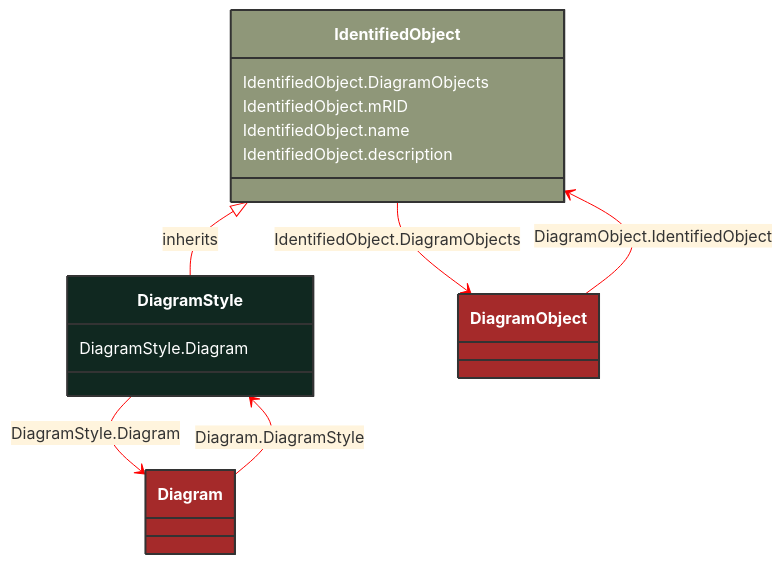
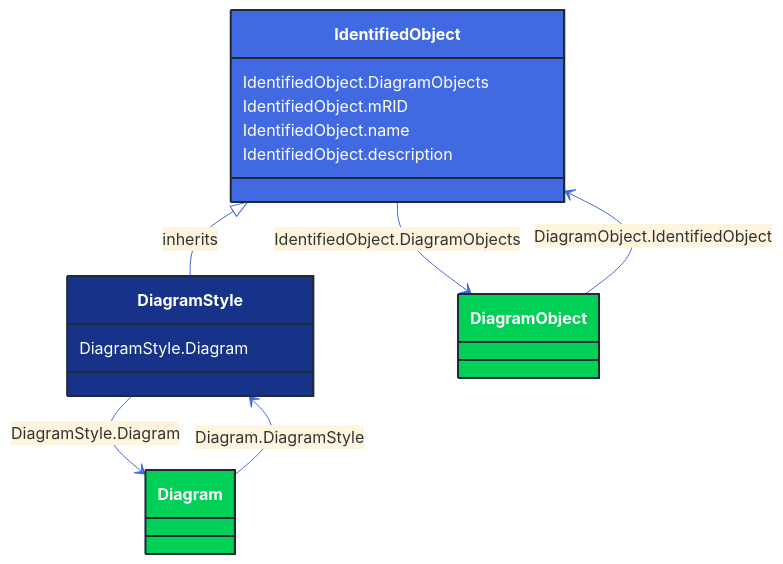
One commit to 3lbits/NoCIMExtensions changed the diagram in docs/Models/Profiles/DiagramLayout/ConcreteClasses/DiagramStyle.md. Above: the diagram before and after it, drawn with Mermaid. The commit also changed 362 other files, not shown here.

First line of the commit message:
Update diagrams and styles for improved visual consistency

````diff
--- a/docs/Models/Profiles/DiagramLayout/ConcreteClasses/DiagramStyle.md
+++ b/docs/Models/Profiles/DiagramLayout/ConcreteClasses/DiagramStyle.md
@@ -8,41 +8,41 @@
 ```mermaid
-%%{init: {'theme':'base','themeVariables': {'lineColor': '#FF0000'}}}%%
+%%{init: {'theme':'base','themeVariables': {'lineColor': '#4169E1'}}}%%
 classDiagram
     class DiagramStyle
     click DiagramStyle href "/Models/Profiles/DiagramLayout/ConcreteClasses/DiagramStyle/"
-    style DiagramStyle fill:#102820,stroke:#333,stroke-width:2px,rx:10,ry:10,color:white
+    style DiagramStyle fill:#163289,stroke:#1F2A37,stroke-width:2px,rx:10,ry:10,color:white
      
         IdentifiedObject <|-- DiagramStyle : inherits
             click IdentifiedObject href "/Models/Profiles/DiagramLayout/AbstractClasses/IdentifiedObject/"
-            style IdentifiedObject fill:#8F9779,stroke:#333,stroke-width:2px,rx:10,ry:10,color:white
+            style IdentifiedObject fill:#4169E1,stroke:#1F2A37,stroke-width:2px,rx:10,ry:10,color:white
 
         DiagramStyle --> Diagram : DiagramStyle.Diagram
 
         Diagram
             click Diagram href "/Models/Profiles/DiagramLayout/ConcreteClasses/Diagram/"
-            style Diagram fill:#A52A2A,stroke:#333,stroke-width:2px,rx:10,ry:10,color:white
+            style Diagram fill:#00D156,stroke:#1F2A37,stroke-width:2px,rx:10,ry:10,color:white
         IdentifiedObject --> DiagramObject : IdentifiedObject.DiagramObjects
 
         DiagramObject
             click DiagramObject href "/Models/Profiles/DiagramLayout/ConcreteClasses/DiagramObject/"
-            style DiagramObject fill:#A52A2A,stroke:#333,stroke-width:2px,rx:10,ry:10,color:white
+            style DiagramObject fill:#00D156,stroke:#1F2A37,stroke-width:2px,rx:10,ry:10,color:white
 
         Diagram --> DiagramStyle : Diagram.DiagramStyle
 
         Diagram
             click Diagram href "/Models/Profiles/DiagramLayout/ConcreteClasses/Diagram/"
-            style Diagram fill:#A52A2A,stroke:#333,stroke-width:2px,rx:10,ry:10,color:white
+            style Diagram fill:#00D156,stroke:#1F2A37,stroke-width:2px,rx:10,ry:10,color:white
 
         DiagramObject --> IdentifiedObject : DiagramObject.IdentifiedObject
 
         DiagramObject
             click DiagramObject href "/Models/Profiles/DiagramLayout/ConcreteClasses/DiagramObject/"
-            style DiagramObject fill:#A52A2A,stroke:#333,stroke-width:2px,rx:10,ry:10,color:white
+            style DiagramObject fill:#00D156,stroke:#1F2A37,stroke-width:2px,rx:10,ry:10,color:white
 
 
         DiagramStyle : DiagramStyle.Diagram
         IdentifiedObject : IdentifiedObject.DiagramObjects
         IdentifiedObject : IdentifiedObject.mRID
         IdentifiedObject : IdentifiedObject.name
         IdentifiedObject : IdentifiedObject.description
 ```
````
